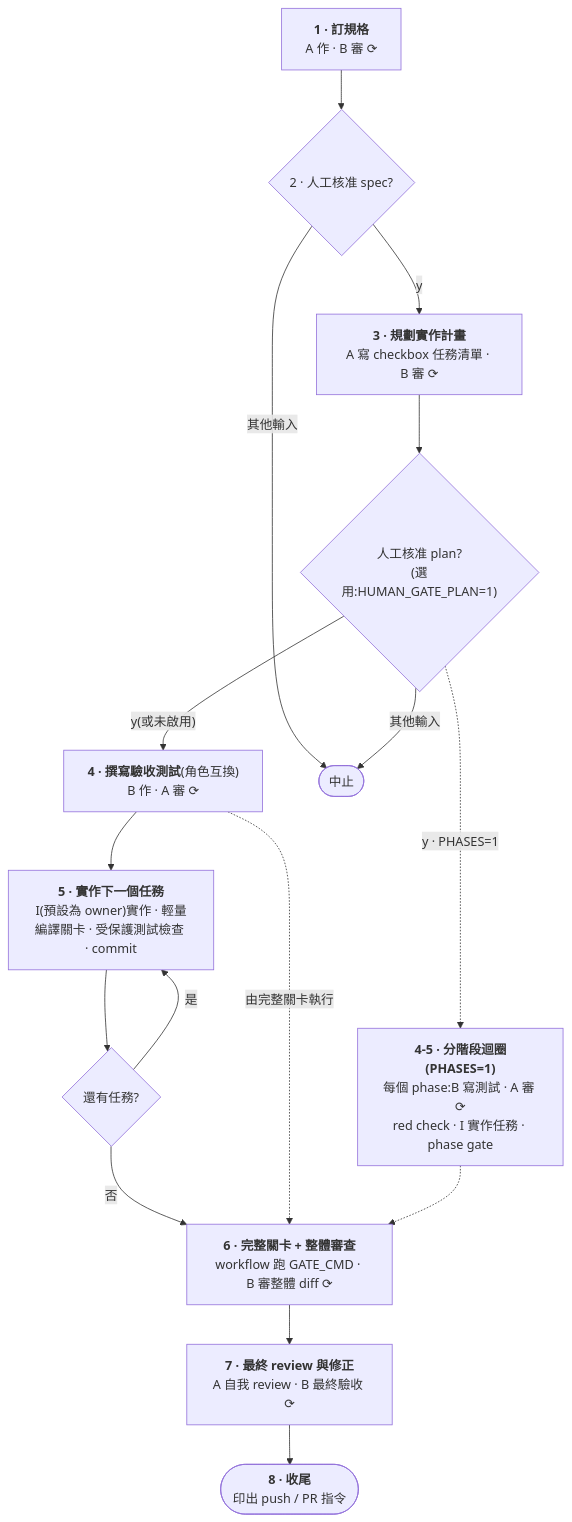
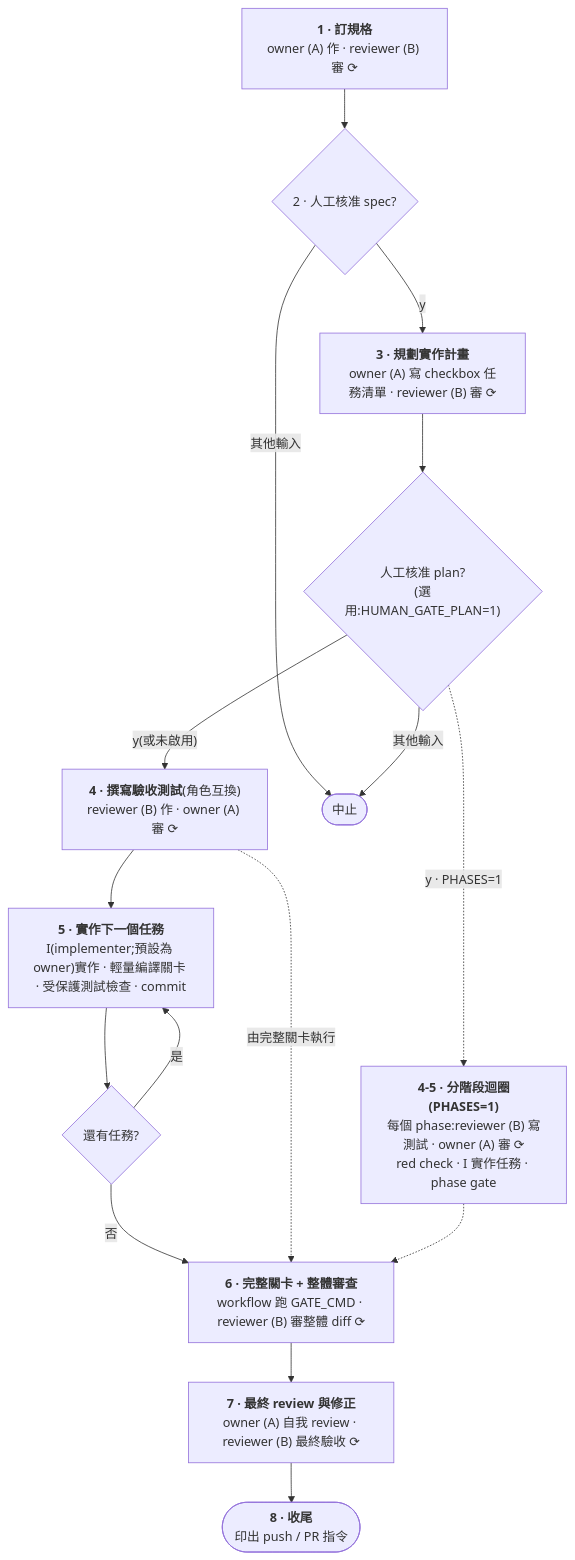
One commit to yhchiu/adversarial-ai-coding changed the first of 2 diagrams in docs/how-it-works.zh-TW.md. Above: the diagram before and after it, drawn with Mermaid. The commit also changed other lines of this file and 3 other files, not shown here.

First line of the commit message:
docs: name owner, reviewer, and implementer in the READMEs

````diff
--- a/docs/how-it-works.zh-TW.md
+++ b/docs/how-it-works.zh-TW.md
@@ -7,28 +9,28 @@
 ```mermaid
 flowchart TD
-    spec["<b>1 · 訂規格</b><br/>A 作 · B 審 ⟳"]
+    spec["<b>1 · 訂規格</b><br/>owner (A) 作 · reviewer (B) 審 ⟳"]
     gate{"2 · 人工核准 spec?"}
-    plan["<b>3 · 規劃實作計畫</b><br/>A 寫 checkbox 任務清單 · B 審 ⟳"]
+    plan["<b>3 · 規劃實作計畫</b><br/>owner (A) 寫 checkbox 任務清單 · reviewer (B) 審 ⟳"]
     plangate{"人工核准 plan?<br/>(選用:HUMAN_GATE_PLAN=1)"}
-    tests["<b>4 · 撰寫驗收測試</b>(角色互換)<br/>B 作 · A 審 ⟳"]
-    task["<b>5 · 實作下一個任務</b><br/>I(預設為 owner)實作 · 輕量編譯關卡 · 受保護測試檢查 · commit"]
+    tests["<b>4 · 撰寫驗收測試</b>(角色互換)<br/>reviewer (B) 作 · owner (A) 審 ⟳"]
+    task["<b>5 · 實作下一個任務</b><br/>I(implementer;預設為 owner)實作 · 輕量編譯關卡 · 受保護測試檢查 · commit"]
     more{"還有任務?"}
-    branch["<b>6 · 完整關卡 + 整體審查</b><br/>workflow 跑 GATE_CMD · B 審整體 diff ⟳"]
-    final["<b>7 · 最終 review 與修正</b><br/>A 自我 review · B 最終驗收 ⟳"]
+    branch["<b>6 · 完整關卡 + 整體審查</b><br/>workflow 跑 GATE_CMD · reviewer (B) 審整體 diff ⟳"]
+    final["<b>7 · 最終 review 與修正</b><br/>owner (A) 自我 review · reviewer (B) 最終驗收 ⟳"]
     fin(["<b>8 · 收尾</b><br/>印出 push / PR 指令"])
     abort(["中止"])
 
     spec --> gate
     gate -- "y" --> plan
     gate -- "其他輸入" --> abort
     plan --> plangate
     plangate -- "y(或未啟用)" --> tests
     plangate -- "其他輸入" --> abort
     tests --> task --> more
     more -- "是" --> task
     more -- "否" --> branch --> final --> fin
     tests -. "由完整關卡執行" .-> branch
-    phased["<b>4-5 · 分階段迴圈(PHASES=1)</b><br/>每個 phase:B 寫測試 · A 審 ⟳<br/>red check · I 實作任務 · phase gate"]
+    phased["<b>4-5 · 分階段迴圈(PHASES=1)</b><br/>每個 phase:reviewer (B) 寫測試 · owner (A) 審 ⟳<br/>red check · I 實作任務 · phase gate"]
     plangate -. "y · PHASES=1" .-> phased
     phased -.-> branch
 ```
````
